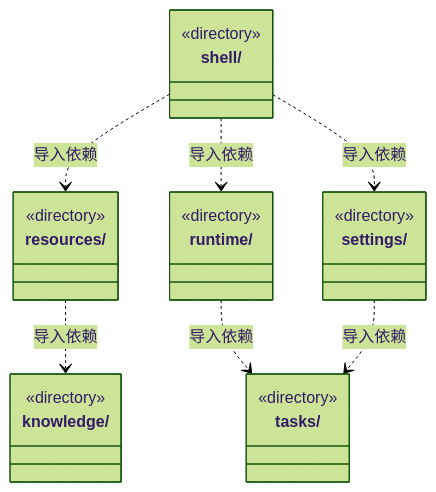
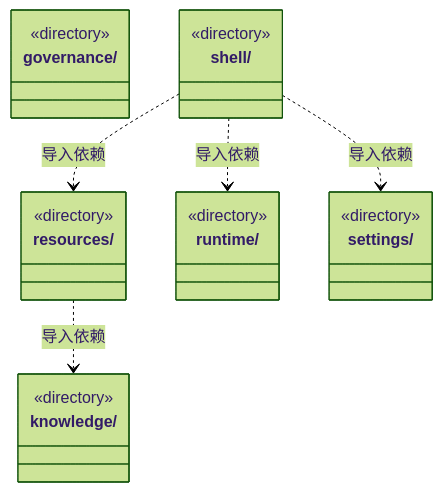
One commit to nan023062/cbim changed the second of 3 diagrams in src/frontend/ARCHITECTURE.md. Above: the diagram before and after it, drawn with Mermaid (forest theme). The commit also changed other lines of this file and 33 other files, not shown here.

````diff
--- a/src/frontend/ARCHITECTURE.md
+++ b/src/frontend/ARCHITECTURE.md
@@ -43,27 +43,25 @@
 ```mermaid
 classDiagram
+class N_src_frontend_governance["governance/"] {
+  <<directory>>
+}
 class N_src_frontend_knowledge["knowledge/"] {
   <<directory>>
 }
 class N_src_frontend_resources["resources/"] {
   <<directory>>
 }
 class N_src_frontend_runtime["runtime/"] {
   <<directory>>
 }
 class N_src_frontend_settings["settings/"] {
   <<directory>>
 }
 class N_src_frontend_shell["shell/"] {
   <<directory>>
 }
-class N_src_frontend_tasks["tasks/"] {
-  <<directory>>
-}
 N_src_frontend_resources ..> N_src_frontend_knowledge : 导入依赖
-N_src_frontend_runtime ..> N_src_frontend_tasks : 导入依赖
-N_src_frontend_settings ..> N_src_frontend_tasks : 导入依赖
 N_src_frontend_shell ..> N_src_frontend_resources : 导入依赖
 N_src_frontend_shell ..> N_src_frontend_settings : 导入依赖
 N_src_frontend_shell ..> N_src_frontend_runtime : 导入依赖
 ```
````
